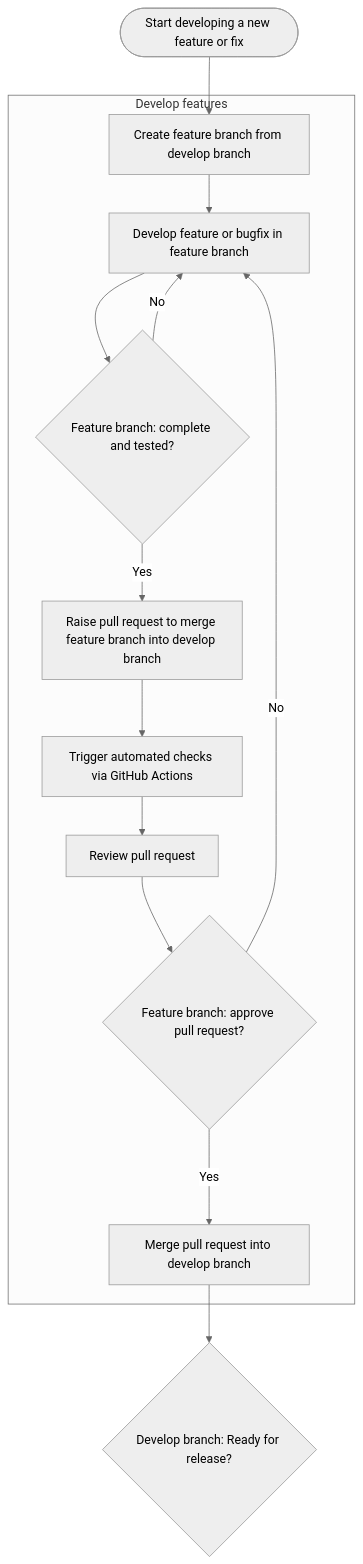
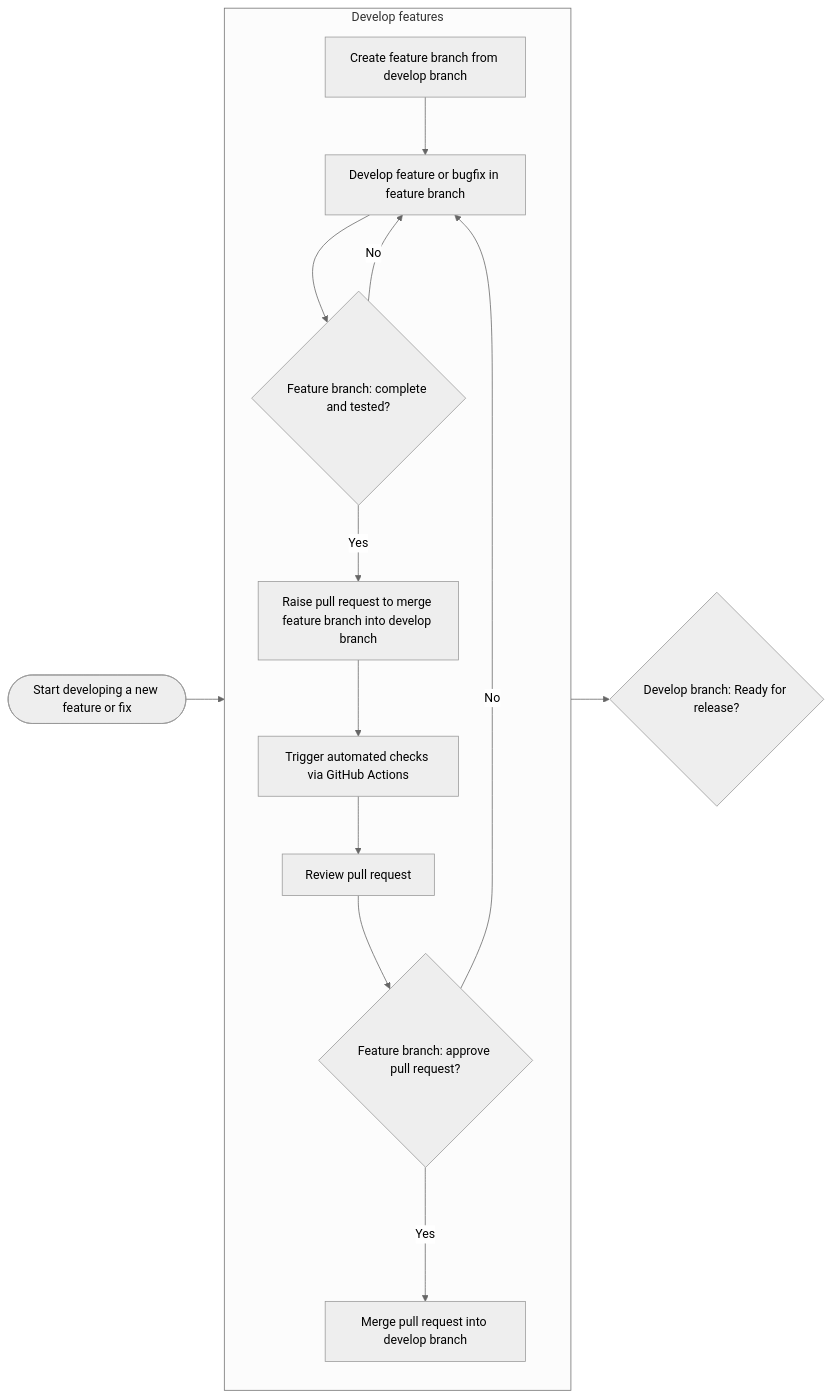
Before and after one commit to ONSdigital/scalelink: the first of 3 diagrams in docs/branch_and_deploy_guide.md, drawn with Mermaid (neutral theme). The commit also changed other lines of this file, not shown here.

Commit message:
docs: change mermaid diagram directions in branch and deploy guide

````diff
--- a/docs/branch_and_deploy_guide.md
+++ b/docs/branch_and_deploy_guide.md
@@ -127,30 +127,31 @@
 ```mermaid
-graph TD
+graph LR
     Start1([Start developing a new feature or fix])
 
     Feat1[Create feature branch from develop branch]
     Feat2[Develop feature or bugfix in feature branch]
     Feat3{Feature branch: complete and tested?}
     Feat4[Raise pull request to merge feature branch into develop branch]
     Feat5[Trigger automated checks via GitHub Actions]
     Feat6[Review pull request]
     Feat7{Feature branch: approve pull request?}
     Feat8[Merge pull request into develop branch]
 
     Dev1{Develop branch: Ready for release?}
 
     subgraph sg1 [Develop features]
+      direction TB
       Feat1 --> Feat2
       Feat2 --> Feat3
       Feat3 -- No --> Feat2
       Feat3 -- Yes --> Feat4
       Feat4 --> Feat5
       Feat5 --> Feat6
       Feat6 --> Feat7
       Feat7 -- No --> Feat2
       Feat7 -- Yes ---> Feat8
     end
 
     Start1 --> Feat1
     Feat8 --> Dev1
 ```
````
